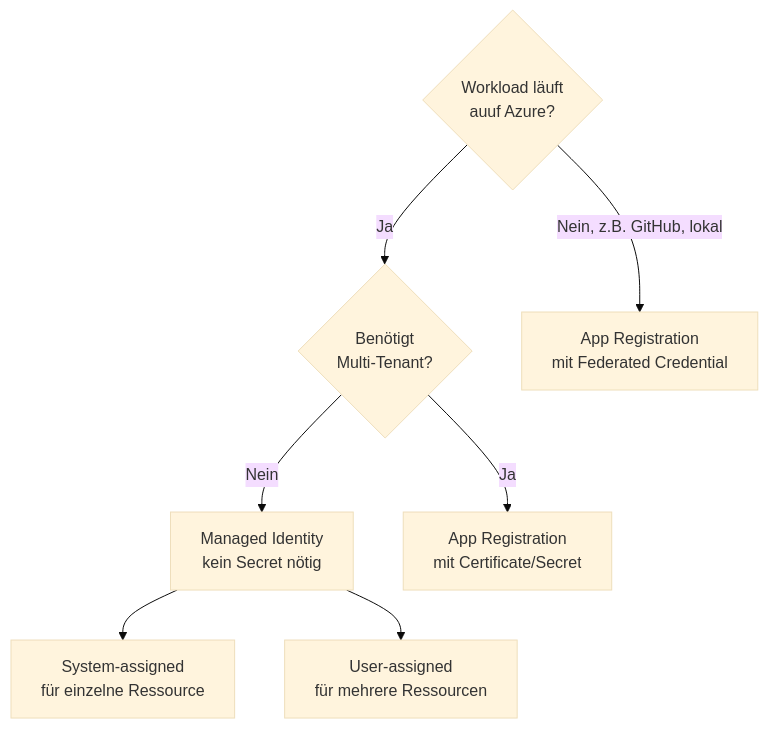
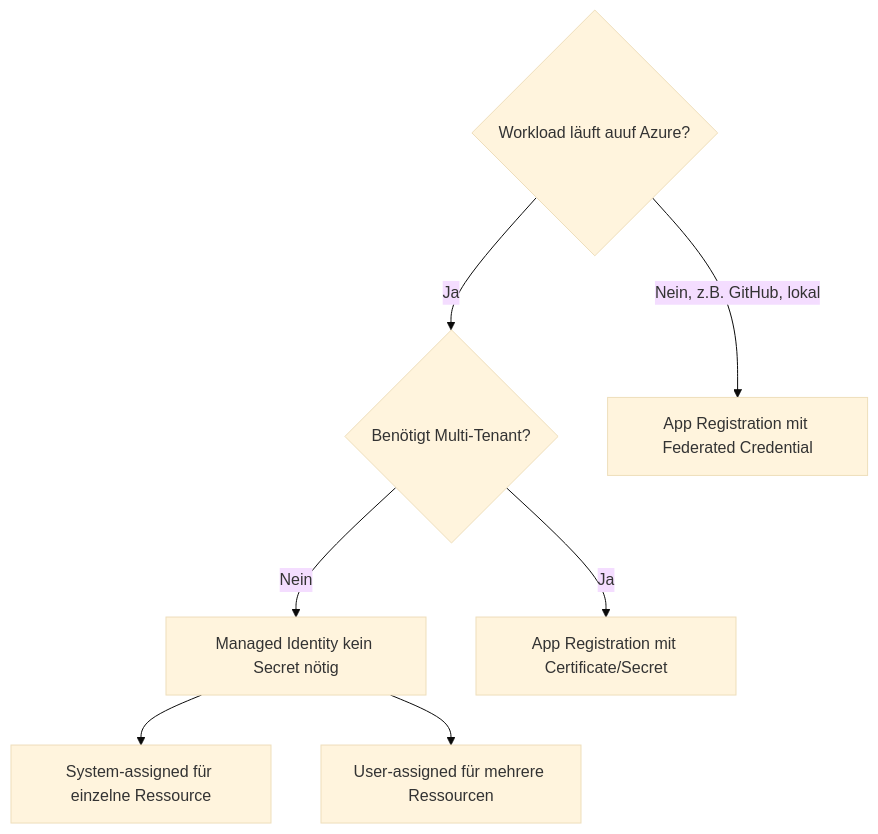
The fifth of 7 diagrams in Microsoft 365/Azure/Identität und Schlüssel/Microsoft Entra Workload ID.md (SoniiiT/notes-n-docs), drawn with Mermaid (base theme) before and after one commit. The commit also changed other lines of this file and 124 other files, not shown here.

First line of the commit message:
fix: Entferne \n aus allen Mermaid-Diagrammen (125 Dateien)

````diff
--- a/Microsoft 365/Azure/Identität und Schlüssel/Microsoft Entra Workload ID.md
+++ b/Microsoft 365/Azure/Identität und Schlüssel/Microsoft Entra Workload ID.md
@@ -239,10 +239,10 @@
 ```mermaid
 graph TD
-    Q1{Workload läuft\nauuf Azure?} -->|Ja| Q2{Benötigt\nMulti-Tenant?}
-    Q1 -->|Nein, z.B. GitHub, lokal| FED[App Registration\nmit Federated Credential]
-    Q2 -->|Nein| MI[Managed Identity\nkein Secret nötig]
-    Q2 -->|Ja| AR[App Registration\nmit Certificate/Secret]
+    Q1{Workload läuft auuf Azure?} -->|Ja| Q2{Benötigt Multi-Tenant?}
+    Q1 -->|Nein, z.B. GitHub, lokal| FED[App Registration mit Federated Credential]
+    Q2 -->|Nein| MI[Managed Identity kein Secret nötig]
+    Q2 -->|Ja| AR[App Registration mit Certificate/Secret]
     
-    MI --> SYSMI[System-assigned\nfür einzelne Ressource]
-    MI --> USRMI[User-assigned\nfür mehrere Ressourcen]
+    MI --> SYSMI[System-assigned für einzelne Ressource]
+    MI --> USRMI[User-assigned für mehrere Ressourcen]
 ```
````
